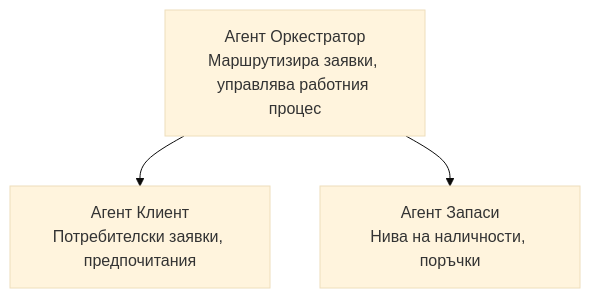
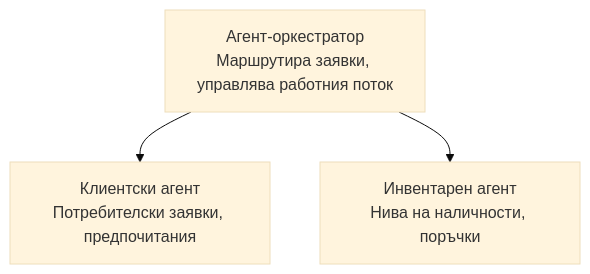
One commit to microsoft/AZD-for-beginners changed the diagram in translations/bg/docs/chapter-05-multi-agent/README.md. Above: the diagram before and after it, drawn with Mermaid (base theme). The commit also changed other lines of this file and 104 other files, not shown here.

````diff
--- a/translations/bg/docs/chapter-05-multi-agent/README.md
+++ b/translations/bg/docs/chapter-05-multi-agent/README.md
@@ -52,5 +54,5 @@
 ```mermaid
 graph TD
-    Orchestrator[Агент Оркестратор<br/>Маршрутизира заявки, управлява работния процес] --> Customer[Агент Клиент<br/>Потребителски заявки, предпочитания]
-    Orchestrator --> Inventory[Агент Запаси<br/>Нива на наличности, поръчки]
+    Orchestrator[Агент-оркестратор<br/>Маршрутира заявки, управлява работния поток] --> Customer[Клиентски агент<br/>Потребителски заявки, предпочитания]
+    Orchestrator --> Inventory[Инвентарен агент<br/>Нива на наличности, поръчки]
 ```
````
